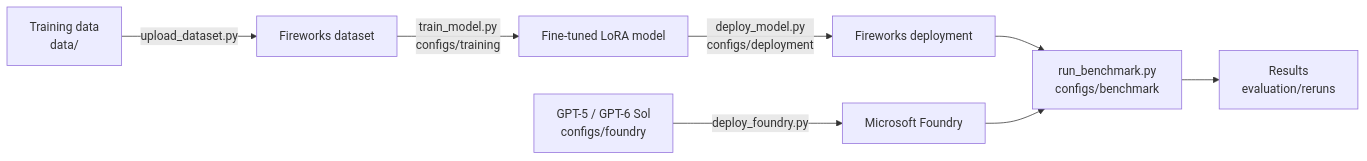
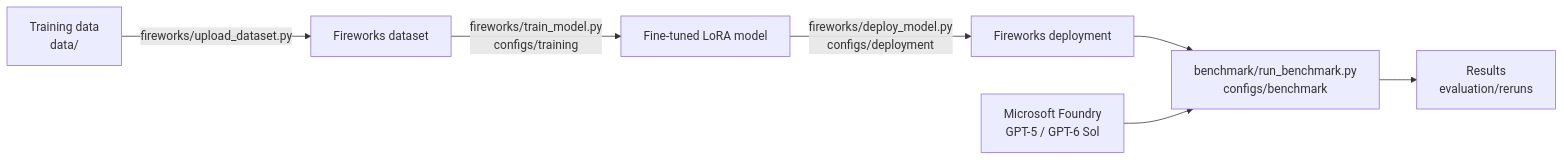
The second of 2 diagrams in README.md (southworks/fireworks-fine-tuning), drawn with Mermaid before and after one commit. The commit also changed other lines of this file and 51 other files, not shown here.

````diff
--- a/README.md
+++ b/README.md
@@ -200,10 +202,10 @@
 ```mermaid
 flowchart LR
-    A[Training data<br/>data/] -->|upload_dataset.py| B[Fireworks dataset]
-    B -->|train_model.py<br/>configs/training| C[Fine-tuned LoRA model]
-    C -->|deploy_model.py<br/>configs/deployment| D[Fireworks deployment]
-    E[GPT-5 / GPT-6 Sol<br/>configs/foundry] -->|deploy_foundry.py| F[Microsoft Foundry]
-    D --> G[run_benchmark.py<br/>configs/benchmark]
+    A[Training data<br/>data/] -->|fireworks/upload_dataset.py| B[Fireworks dataset]
+    B -->|fireworks/train_model.py<br/>configs/training| C[Fine-tuned LoRA model]
+    C -->|fireworks/deploy_model.py<br/>configs/deployment| D[Fireworks deployment]
+    F[Microsoft Foundry<br/>GPT-5 / GPT-6 Sol]
+    D --> G[benchmark/run_benchmark.py<br/>configs/benchmark]
     F --> G
     G --> H[Results<br/>evaluation/reruns]
 ```
````
